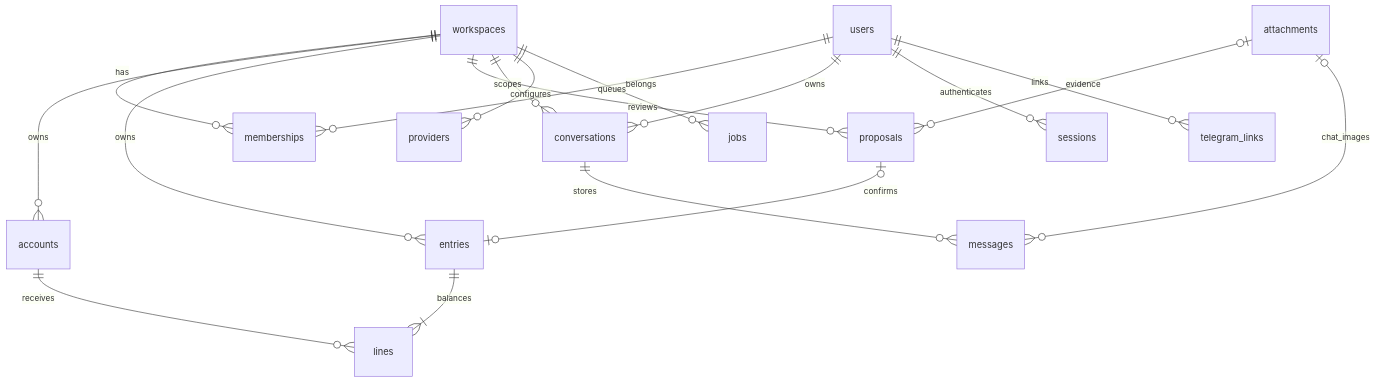
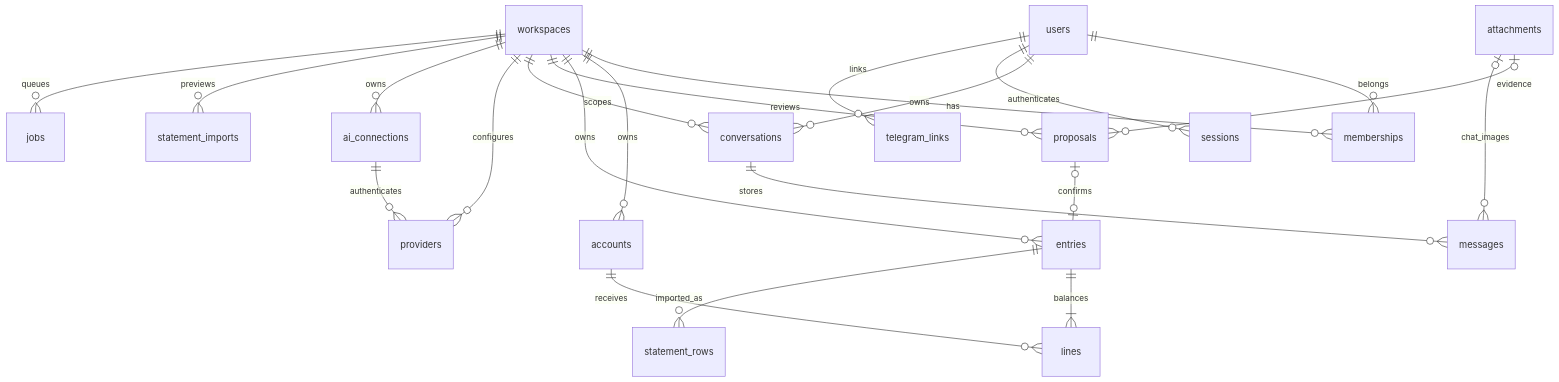
One commit to SurakTH/smart-finance changed the second of 2 diagrams in docs/ARCHITECTURE.md. Above: the diagram before and after it, drawn with Mermaid. The commit also changed other lines of this file and 32 other files, not shown here.

Commit message:
Add reviewed CSV imports and shared AI connections

````diff
--- a/docs/ARCHITECTURE.md
+++ b/docs/ARCHITECTURE.md
@@ -20,20 +20,24 @@
 ```mermaid
 erDiagram
   users ||--o{ memberships : belongs
   workspaces ||--o{ memberships : has
   workspaces ||--o{ accounts : owns
   workspaces ||--o{ entries : owns
   entries ||--|{ lines : balances
   accounts ||--o{ lines : receives
   workspaces ||--o{ proposals : reviews
   proposals |o--o| entries : confirms
   attachments |o--o{ proposals : evidence
   attachments |o--o{ messages : chat_images
   workspaces ||--o{ conversations : scopes
   users ||--o{ conversations : owns
   conversations ||--o{ messages : stores
   workspaces ||--o{ providers : configures
+  workspaces ||--o{ ai_connections : owns
+  ai_connections ||--o{ providers : authenticates
+  workspaces ||--o{ statement_imports : previews
+  entries ||--o{ statement_rows : imported_as
   workspaces ||--o{ jobs : queues
   users ||--o{ sessions : authenticates
   users ||--o{ telegram_links : links
 ```
````
